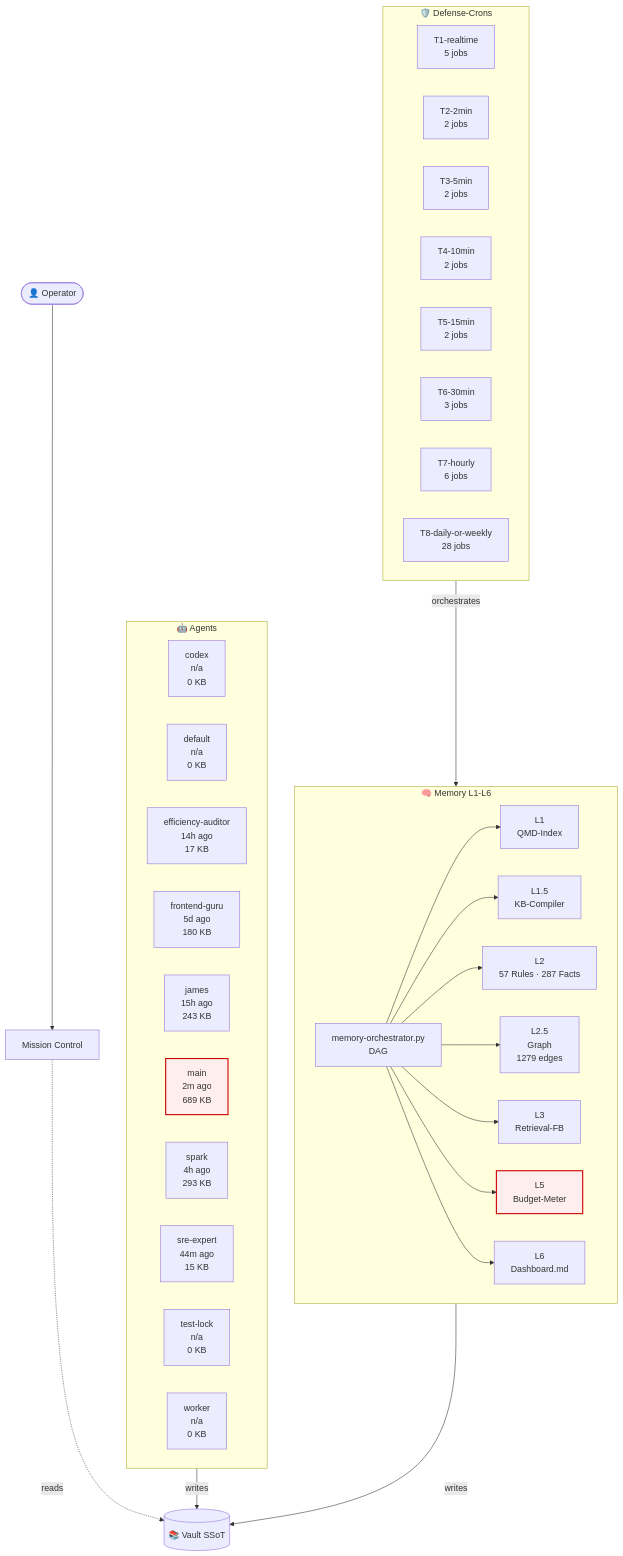
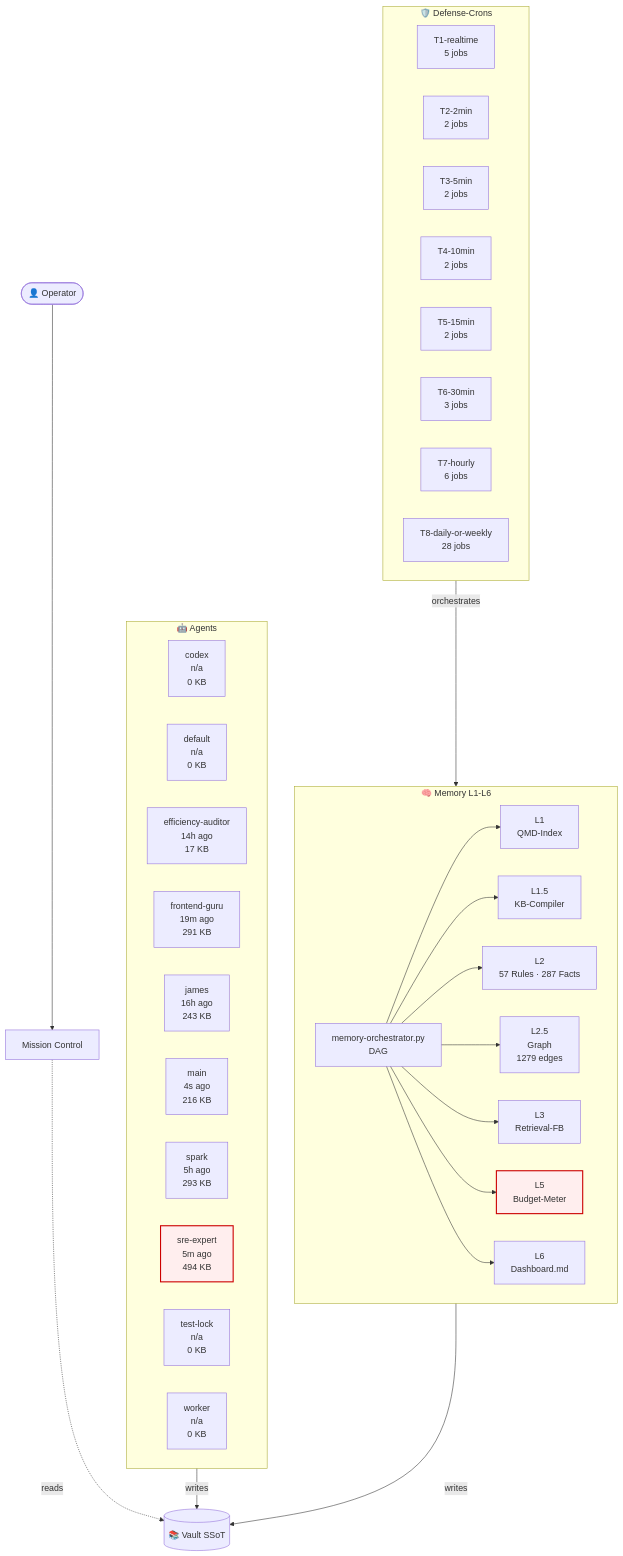
The diagram in 03-Agents/architecture-live.md (lenardhuebner88-rgb/openclaw-memory), drawn with Mermaid before and after one commit. The commit also changed other lines of this file and 10 other files, not shown here.

````diff
--- a/03-Agents/architecture-live.md
+++ b/03-Agents/architecture-live.md
@@ -18,53 +18,53 @@
 ```mermaid
 flowchart TB
     classDef critical fill:#fee,stroke:#c00,stroke-width:2px;
     subgraph AGT["🤖 Agents"]
         agent_codex["codex<br/>n/a<br/>0 KB"]
         agent_default["default<br/>n/a<br/>0 KB"]
         agent_efficiency_auditor["efficiency-auditor<br/>14h ago<br/>17 KB"]
-        agent_frontend_guru["frontend-guru<br/>5d ago<br/>180 KB"]
-        agent_james["james<br/>15h ago<br/>243 KB"]
-        agent_main["main<br/>2m ago<br/>689 KB"]
-        agent_spark["spark<br/>4h ago<br/>293 KB"]
-        agent_sre_expert["sre-expert<br/>44m ago<br/>15 KB"]
+        agent_frontend_guru["frontend-guru<br/>19m ago<br/>291 KB"]
+        agent_james["james<br/>16h ago<br/>243 KB"]
+        agent_main["main<br/>4s ago<br/>216 KB"]
+        agent_spark["spark<br/>5h ago<br/>293 KB"]
+        agent_sre_expert["sre-expert<br/>5m ago<br/>494 KB"]
         agent_test_lock["test-lock<br/>n/a<br/>0 KB"]
         agent_worker["worker<br/>n/a<br/>0 KB"]
     end
     subgraph MEM["🧠 Memory L1-L6"]
         L1["L1<br/>QMD-Index"]
         L15["L1.5<br/>KB-Compiler"]
         L2["L2<br/>57 Rules · 287 Facts"]
         L25["L2.5<br/>Graph<br/>1279 edges"]
         L3["L3<br/>Retrieval-FB"]
         L5["L5<br/>Budget-Meter"]
         L6["L6<br/>Dashboard.md"]
         ORCH["memory-orchestrator.py<br/>DAG"]
     end
     subgraph CRN["🛡️ Defense-Crons"]
         tier_T1_realtime["T1-realtime<br/>5 jobs"]
         tier_T2_2min["T2-2min<br/>2 jobs"]
         tier_T3_5min["T3-5min<br/>2 jobs"]
         tier_T4_10min["T4-10min<br/>2 jobs"]
         tier_T5_15min["T5-15min<br/>2 jobs"]
         tier_T6_30min["T6-30min<br/>3 jobs"]
         tier_T7_hourly["T7-hourly<br/>6 jobs"]
         tier_T8_daily_or_weekly["T8-daily-or-weekly<br/>28 jobs"]
     end
     VAULT[("📚 Vault SSoT")]
     OP([👤 Operator])
     MC["Mission Control"]
     OP --> MC
     MC -.reads.-> VAULT
     AGT -->|writes| VAULT
     MEM -->|writes| VAULT
     ORCH --> L1
     ORCH --> L15
     ORCH --> L2
     ORCH --> L25
     ORCH --> L3
     ORCH --> L5
     ORCH --> L6
     CRN -->|orchestrates| MEM
     class L5 critical
-    class agent_main critical
+    class agent_sre_expert critical
 ```
````
